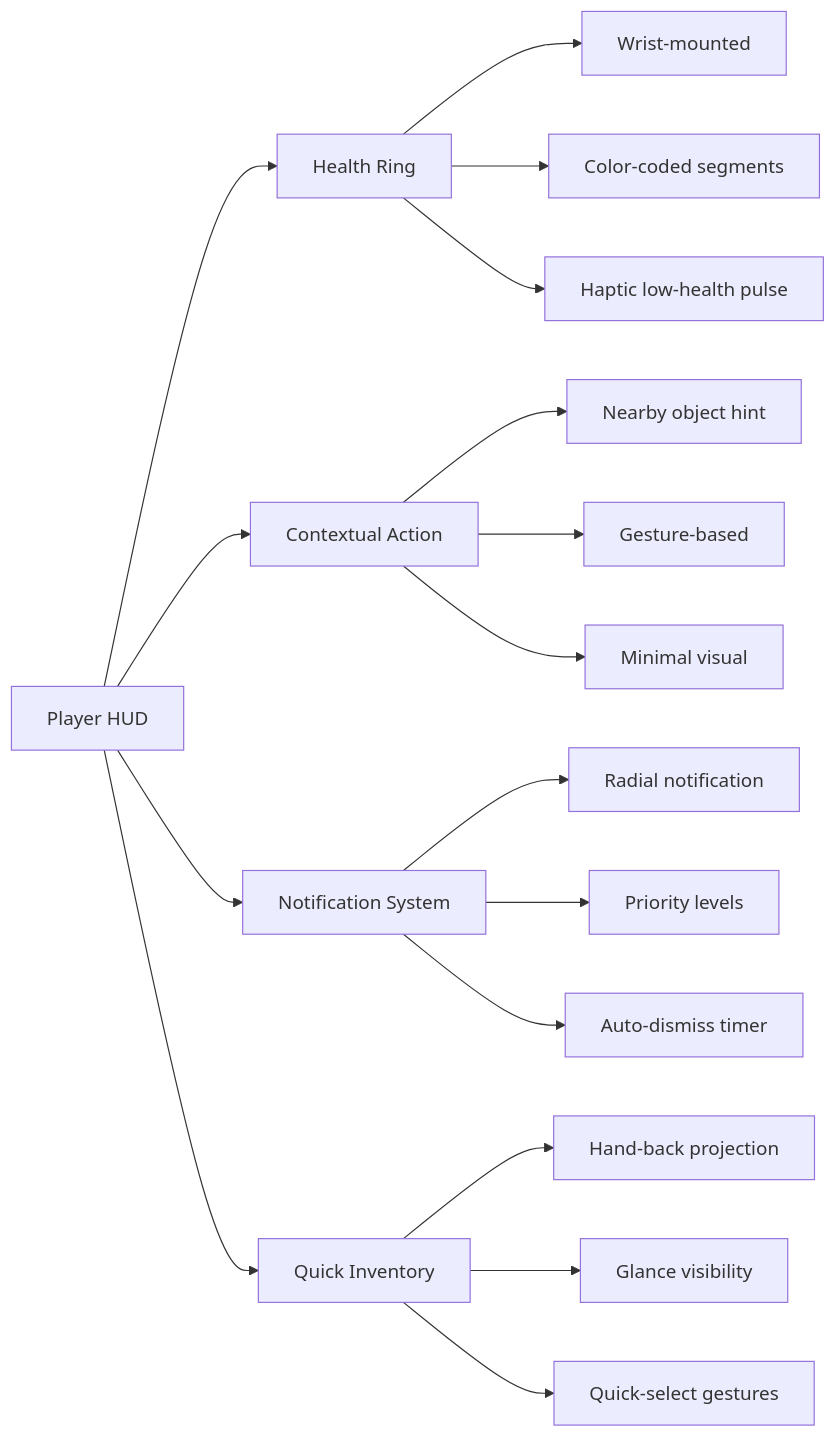
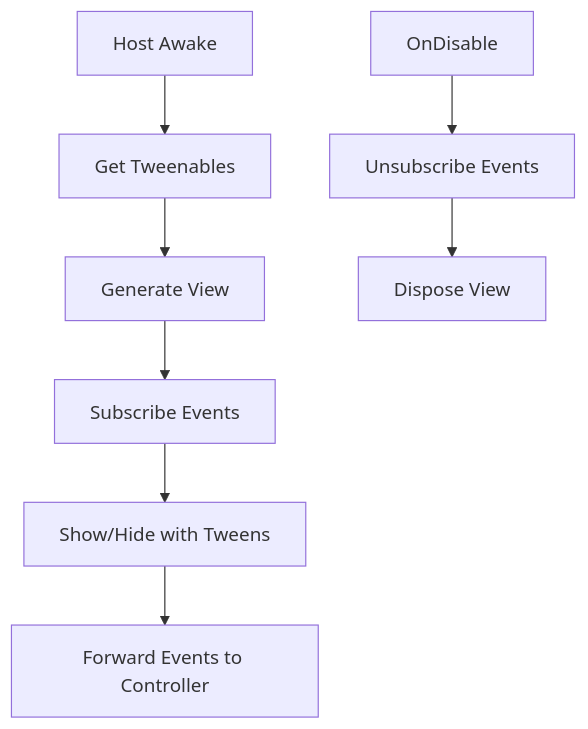
The second of 4 diagrams in Docs/User_Interface.md (SBUplakankus/monsta-choppa-vr), drawn with Mermaid before and after one commit. The commit also changed other lines of this file and 49 other files, not shown here.

````diff
--- a/Docs/User_Interface.md
+++ b/Docs/User_Interface.md
@@ -55,23 +44,11 @@
 ```mermaid
-graph LR
-    A[Player HUD] --> B[Health Ring]
-    A --> C[Contextual Action]
-    A --> D[Notification System]
-    A --> E[Quick Inventory]
+graph TD
+    A[Host Awake] --> B[Get Tweenables]
+    B --> C[Generate View]
+    C --> D[Subscribe Events]
+    D --> E[Show/Hide with Tweens]
+    E --> F[Forward Events to Controller]
     
-    B --> B1[Wrist-mounted]
-    B --> B2[Color-coded segments]
-    B --> B3[Haptic low-health pulse]
-    
-    C --> C1[Nearby object hint]
-    C --> C2[Gesture-based]
-    C --> C3[Minimal visual]
-    
-    D --> D1[Radial notification]
-    D --> D2[Priority levels]
-    D --> D3[Auto-dismiss timer]
-    
-    E --> E1[Hand-back projection]
-    E --> E2[Glance visibility]
-    E --> E3[Quick-select gestures]
+    G[OnDisable] --> H[Unsubscribe Events]
+    H --> I[Dispose View]
 ```
````
